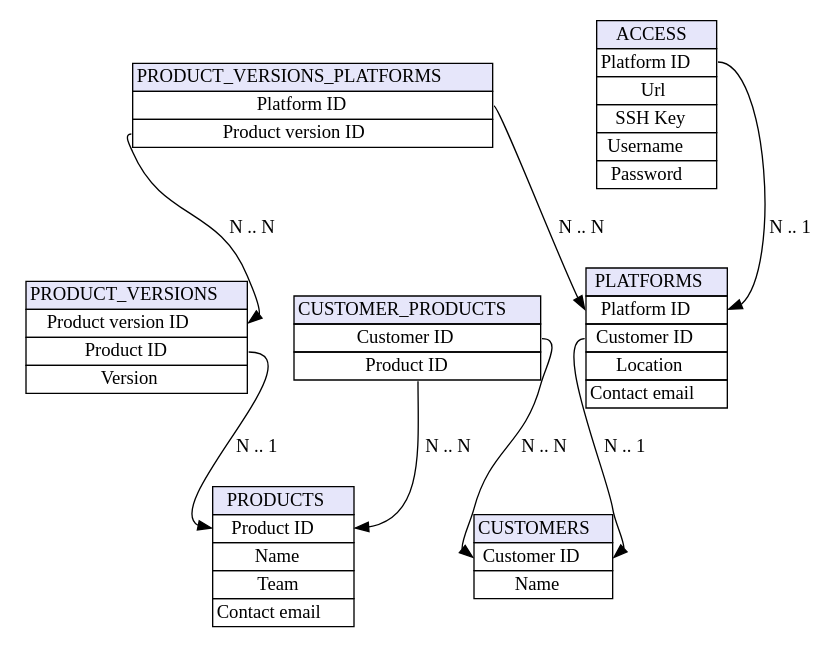
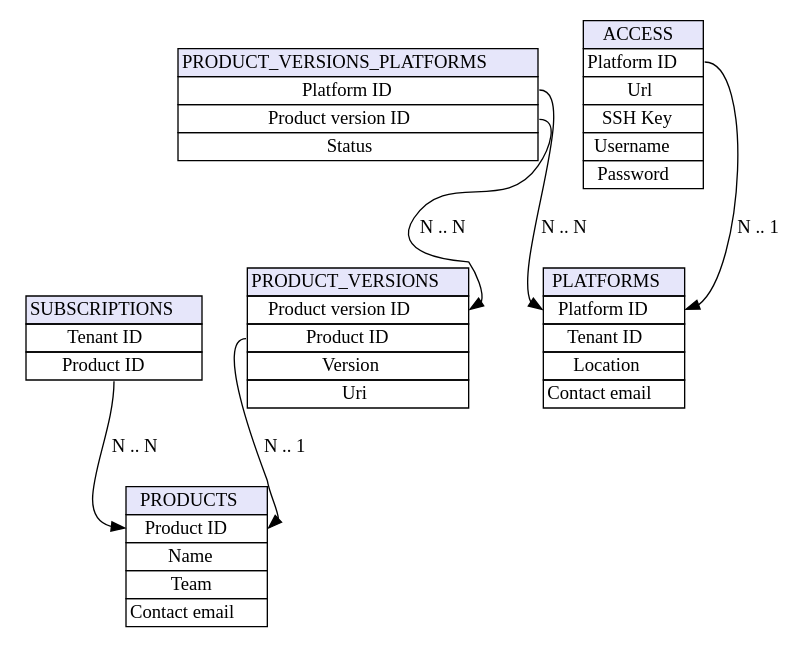
One commit to chmouel/kitchen-saladier changed the diagram in doc/source/architecture.rst. Above: the diagram before and after it, drawn with Graphviz.

Commit message:
Update data model docs

```diff
--- a/doc/source/architecture.rst
+++ b/doc/source/architecture.rst
@@ -75,70 +75,63 @@
 .. graphviz::
 
    digraph structs {
      node [shape=plaintext]
 
-       CUSTOMER_PRODUCTS [label=<
+       SUBSCRIPTIONS [label=<
        <table border="0" cellborder="1" cellspacing="0" align="left">
-       <tr><td BGCOLOR="Lavender">CUSTOMER_PRODUCTS</td></tr>
-       <tr><td PORT="CUSTOMER_ID">Customer ID</td></tr>
+       <tr><td BGCOLOR="Lavender">SUBSCRIPTIONS</td></tr>
+       <tr><td PORT="TENANT_ID">Tenant ID</td></tr>
        <tr><td PORT="PRODUCT_ID">Product ID</td></tr>
-       </table>>];
-
-       CUSTOMERS [label=<
-       <table border="0" cellborder="1" cellspacing="0" align="left">
-       <tr><td BGCOLOR="Lavender">CUSTOMERS</td></tr>
-       <tr><td PORT="CUSTOMER_ID">Customer ID</td></tr>
-       <tr><td PORT="Name">Name</td></tr>
        </table>>];
 
        PRODUCTS [label=<
        <table border="0" cellborder="1" cellspacing="0" align="left">
        <tr><td BGCOLOR="Lavender">PRODUCTS</td></tr>
        <tr><td PORT="PRODUCT_ID">Product ID</td></tr>
        <tr><td PORT="Name">Name</td></tr>
        <tr><td PORT="Team">Team</td></tr>
        <tr><td PORT="Contact_email">Contact email</td></tr>
        </table>>];
 
        PRODUCT_VERSIONS_PLATFORMS [label=<
        <table border="0" cellborder="1" cellspacing="0" align="left">
        <tr><td BGCOLOR="Lavender">PRODUCT_VERSIONS_PLATFORMS </td></tr>
        <tr><td PORT="Platform_ID">Platform ID</td></tr>
        <tr><td PORT="PRODUCT_VERSION_ID">Product version ID</td></tr>
+       <tr><td PORT="STATUS">Status</td></tr>
        </table>>];
 
        PLATFORMS [label=<
        <table border="0" cellborder="1" cellspacing="0" align="left">
        <tr><td BGCOLOR="Lavender">PLATFORMS</td></tr>
        <tr><td PORT="PLATFORM_ID">Platform ID</td></tr>
-       <tr><td PORT="Customer_ID">Customer ID</td></tr>
+       <tr><td PORT="Tenant_ID">Tenant ID</td></tr>
        <tr><td PORT="Location">Location</td></tr>
        <tr><td PORT="Notes">Contact email</td></tr>
        </table>>];
 
        PRODUCT_VERSIONS [label=<
        <table border="0" cellborder="1" cellspacing="0" align="left">
        <tr><td BGCOLOR="Lavender">PRODUCT_VERSIONS</td></tr>
        <tr><td PORT="PRODUCT_VERSION_ID">Product version ID</td></tr>
        <tr><td PORT="Product_ID">Product ID</td></tr>
        <tr><td PORT="Version">Version</td></tr>
+       <tr><td PORT="Uri">Uri</td></tr>
        </table>>];
 
        ACCESS [label=<
        <table border="0" cellborder="1" cellspacing="0" align="left">
        <tr><td BGCOLOR="Lavender">ACCESS</td></tr>
        <tr><td PORT="Platform_ID">Platform ID</td></tr>
        <tr><td PORT="Url">Url</td></tr>
        <tr><td PORT="SSH Key">SSH Key</td></tr>
        <tr><td PORT="Username">Username</td></tr>
        <tr><td PORT="Password">Password</td></tr>
        </table>>];
 
-       CUSTOMER_PRODUCTS:CUSTOMER_ID -> CUSTOMERS:CUSTOMER_ID[label = "N .. N"];
-       CUSTOMER_PRODUCTS:PRODUCT_ID -> PRODUCTS:PRODUCT_ID[label = "N .. N"];
+       SUBSCRIPTIONS:PRODUCT_ID -> PRODUCTS:PRODUCT_ID[label = "N .. N"];
        PRODUCT_VERSIONS_PLATFORMS:PLATFORM_ID -> PLATFORMS:PLATFORM_ID[label = "N .. N"];
        PRODUCT_VERSIONS_PLATFORMS:PRODUCT_VERSION_ID -> PRODUCT_VERSIONS:PRODUCT_VERSION_ID[label = "N .. N"];
        ACCESS:Platform_ID -> PLATFORMS:PLATFORM_ID[label = "N .. 1"];
-       PLATFORMS:Customer_ID -> CUSTOMERS:CUSTOMER_ID[label = "N .. 1"];
        PRODUCT_VERSIONS:Product_ID -> PRODUCTS:PRODUCT_ID[label = "N .. 1"];
    }
```
